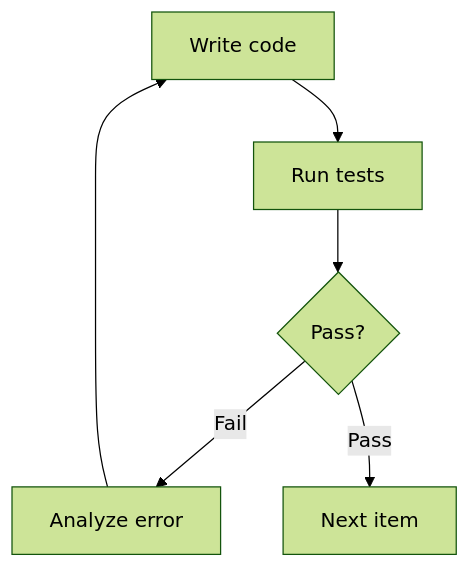
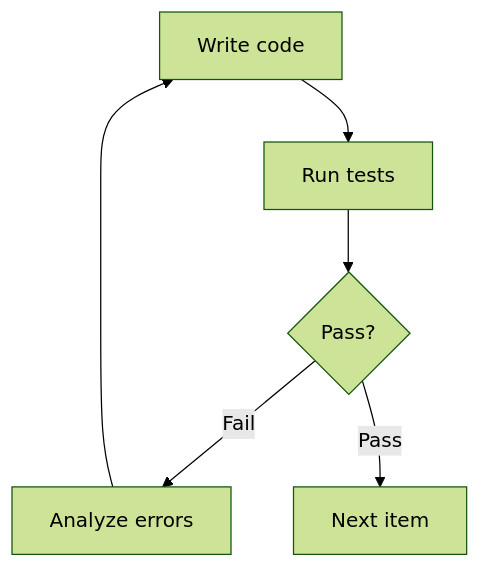
Before and after one commit to modu-ai/moai-adk: the second of 2 diagrams in docs-site/content/en/core-concepts/harness-engineering.md, drawn with Mermaid (forest theme). The commit also changed other lines of this file and 395 other files, not shown here.

````diff
--- a/docs-site/content/en/core-concepts/harness-engineering.md
+++ b/docs-site/content/en/core-concepts/harness-engineering.md
@@ -85,8 +98,8 @@
 ```mermaid
 graph TD
     A["Write code"] --> B["Run tests"]
     B --> C{"Pass?"}
-    C -->|"Fail"| D["Analyze error"]
+    C -->|"Fail"| D["Analyze errors"]
     D --> A
     C -->|"Pass"| E["Next item"]
 ```
````
